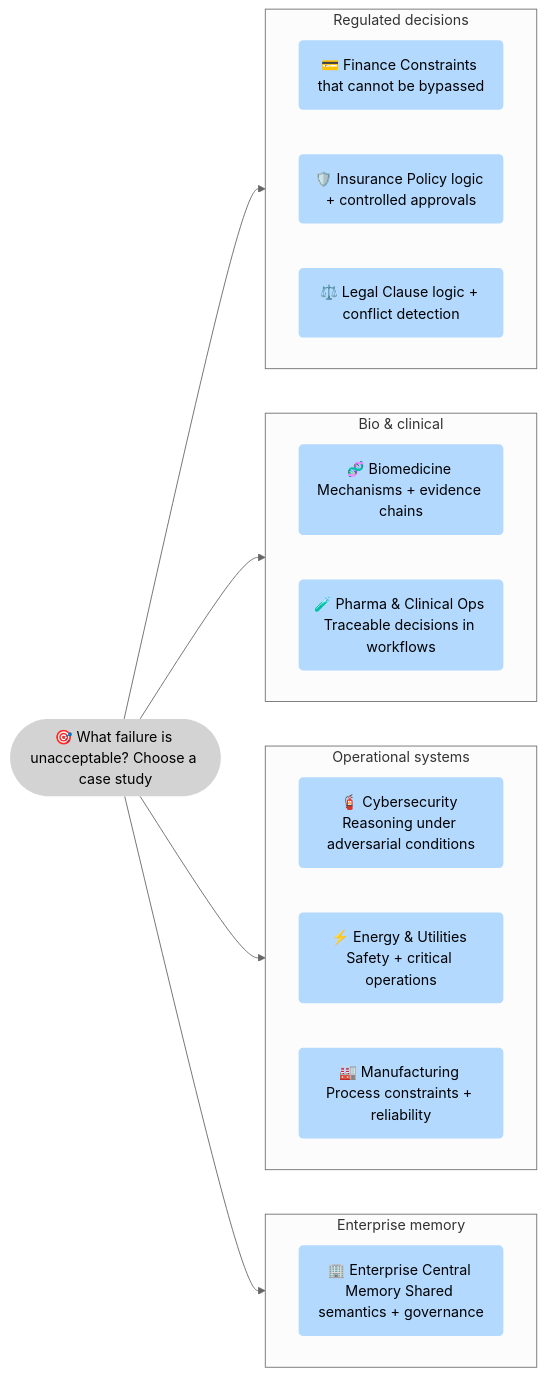
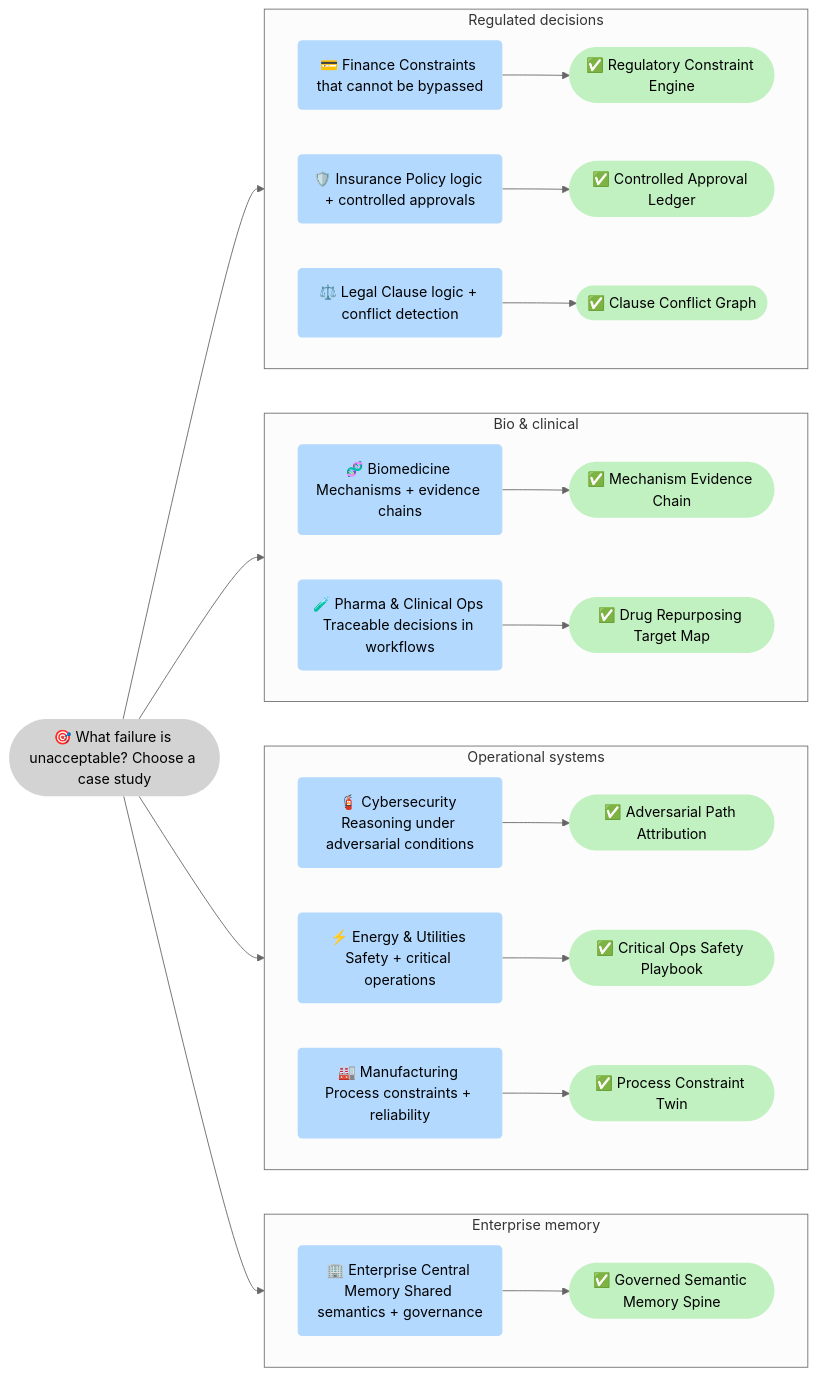
Before and after one commit to 5Reasons/5reasons.github.io: the fourth of 5 diagrams in docs/index.md, drawn with Mermaid (neutral theme). The commit also changed other lines of this file, not shown here.

Commit message:
Enhance decision-grade artifacts diagram: Add regulatory constraint engines and solution artifacts for finance, insurance, legal, biomedicine, and operational systems, and update descriptive text for clarity.

````diff
--- a/docs/index.md
+++ b/docs/index.md
@@ -297,27 +297,49 @@
 subgraph G_Reg["Regulated decisions"]
 direction LR
 P_Fin("💳 Finance Constraints that cannot be bypassed"):::p
+O_Fin(["✅ Regulatory Constraint Engine"]):::o
 P_Ins("🛡️ Insurance Policy logic + controlled approvals"):::p
+O_Ins(["✅ Controlled Approval Ledger"]):::o
 P_Legal("⚖️ Legal Clause logic + conflict detection"):::p
+O_Legal(["✅ Clause Conflict Graph"]):::o
 end
 
 subgraph G_Bio["Bio & clinical"]
 direction LR
 P_Bio("🧬 Biomedicine Mechanisms + evidence chains"):::p
+O_Bio(["✅ Mechanism Evidence Chain"]):::o
 P_Pharma("🧪 Pharma & Clinical Ops Traceable decisions in workflows"):::p
+O_Pharma(["✅ Drug Repurposing Target Map"]):::o
 end
 
 subgraph G_Ops["Operational systems"]
 direction LR
 P_Cyber("🧯 Cybersecurity Reasoning under adversarial conditions"):::p
+O_Cyber(["✅ Adversarial Path Attribution"]):::o
 P_Energy("⚡ Energy & Utilities Safety + critical operations"):::p
+O_Energy(["✅ Critical Ops Safety Playbook"]):::o
 P_Manu("🏭 Manufacturing Process constraints + reliability"):::p
+O_Manu(["✅ Process Constraint Twin"]):::o
 end
 
 subgraph G_Org["Enterprise memory"]
 direction LR
 P_ECM("🏢 Enterprise Central Memory Shared semantics + governance"):::p
+O_ECM(["✅ Governed Semantic Memory Spine"]):::o
 end
+
+P_Fin --> O_Fin
+P_Ins --> O_Ins
+P_Legal --> O_Legal
+
+P_Bio --> O_Bio
+P_Pharma --> O_Pharma
+
+P_Cyber --> O_Cyber
+P_Energy --> O_Energy
+P_Manu --> O_Manu
+
+P_ECM --> O_ECM
 
 P_Route --> G_Reg
 P_Route --> G_Bio
@@ -334,4 +356,14 @@
 click P_Cyber "/case-studies/cybersecurity/" "Cybersecurity"
 click P_Energy "/case-studies/energy-utilities/" "Energy & Utilities"
 click P_Manu "/case-studies/manufacturing/" "Manufacturing"
+
+click O_ECM "/case-studies/enterprise-central-memory/" "Enterprise Central Memory"
+click O_Fin "/case-studies/finance/" "Finance"
+click O_Ins "/case-studies/insurance/" "Insurance"
+click O_Legal "/case-studies/legal/" "Legal"
+click O_Bio "/case-studies/biomedicine/" "Biomedicine"
+click O_Pharma "/case-studies/pharma-clinical-ops/" "Pharma & Clinical Ops"
+click O_Cyber "/case-studies/cybersecurity/" "Cybersecurity"
+click O_Energy "/case-studies/energy-utilities/" "Energy & Utilities"
+click O_Manu "/case-studies/manufacturing/" "Manufacturing"
 ```
````
